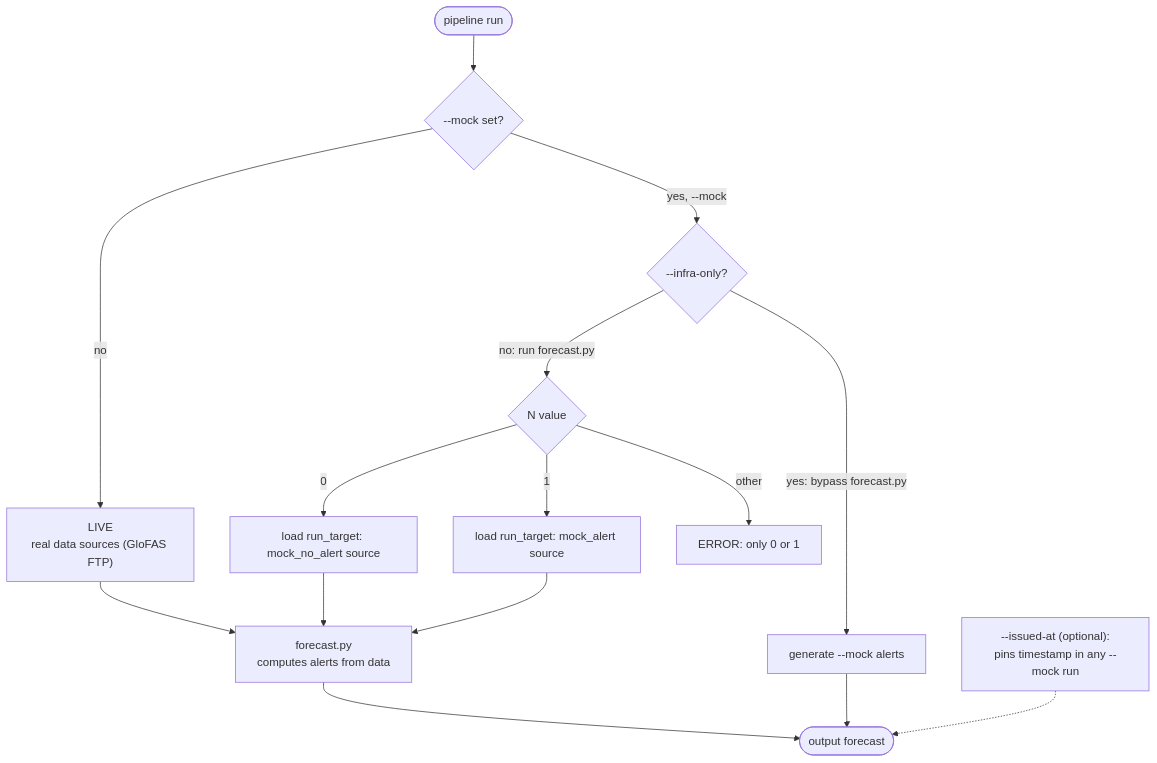
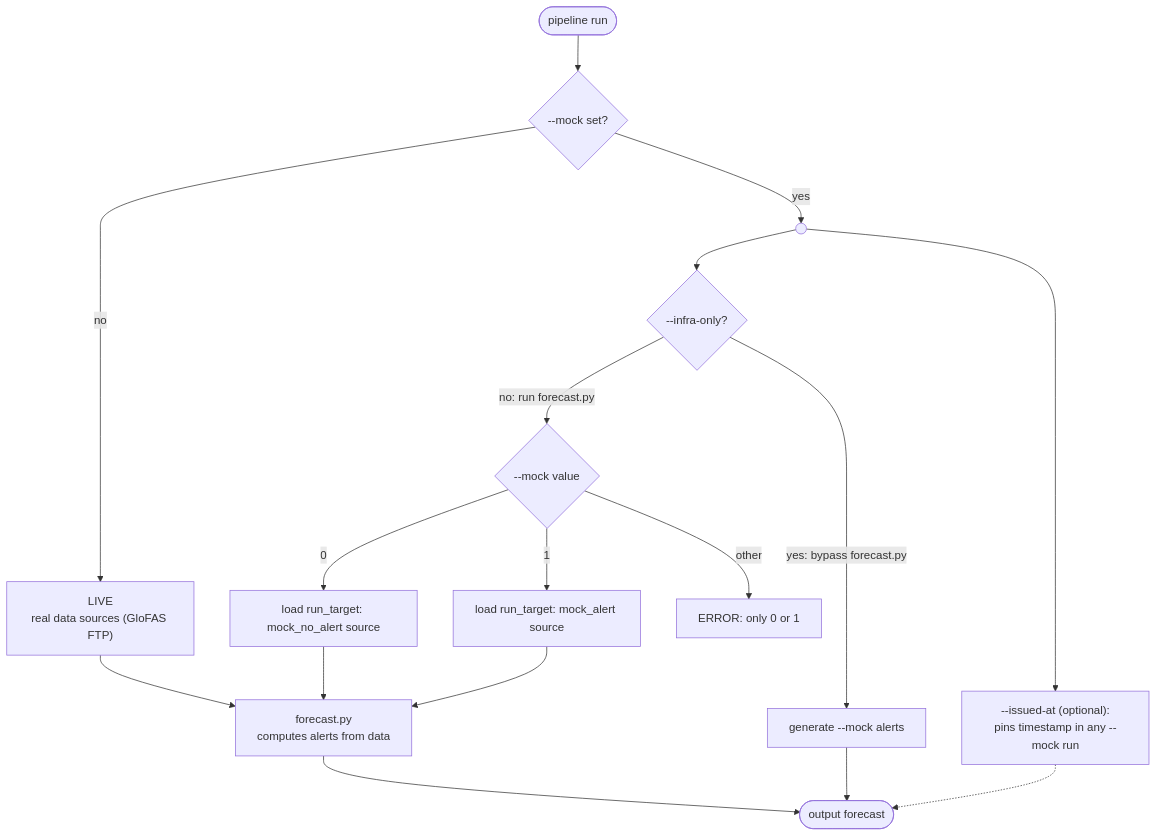
One commit to rodekruis/IBF changed the diagram in data/pipelines/README.md. Above: the diagram before and after it, drawn with Mermaid.

Commit message:
docs: add line from --mock to --issued-at

````diff
--- a/data/pipelines/README.md
+++ b/data/pipelines/README.md
@@ -44,23 +44,24 @@
 ```mermaid
 flowchart TD
     Start([pipeline run]) --> Mock{--mock set?}
 
     Mock -->|no| Live["LIVE<br/>real data sources (GloFAS FTP)"]
     Live --> Forecast
 
-    Mock -->|yes, --mock| Infra{--infra-only?}
+    Mock -->|yes| J(( ))
+    J --> Infra{--infra-only?} & IssuedAt
 
-    Infra -->|no: run forecast.py| Seed{N value}
+    Infra -->|no: run forecast.py| Seed{--mock value}
     Seed -->|0| SeedNo["load run_target: mock_no_alert source"]
     Seed -->|1| SeedYes["load run_target: mock_alert source"]
     Seed -->|other| Err["ERROR: only 0 or 1"]
     SeedNo --> Forecast["forecast.py<br/>computes alerts from data"]
     SeedYes --> Forecast
 
     Infra -->|yes: bypass forecast.py| Gen["generate --mock alerts"]
 
     Forecast --> Out(["output forecast"])
     Gen --> Out
 
     IssuedAt["--issued-at (optional):<br/>pins timestamp in any --mock run"] -.-> Out
 ```
````
